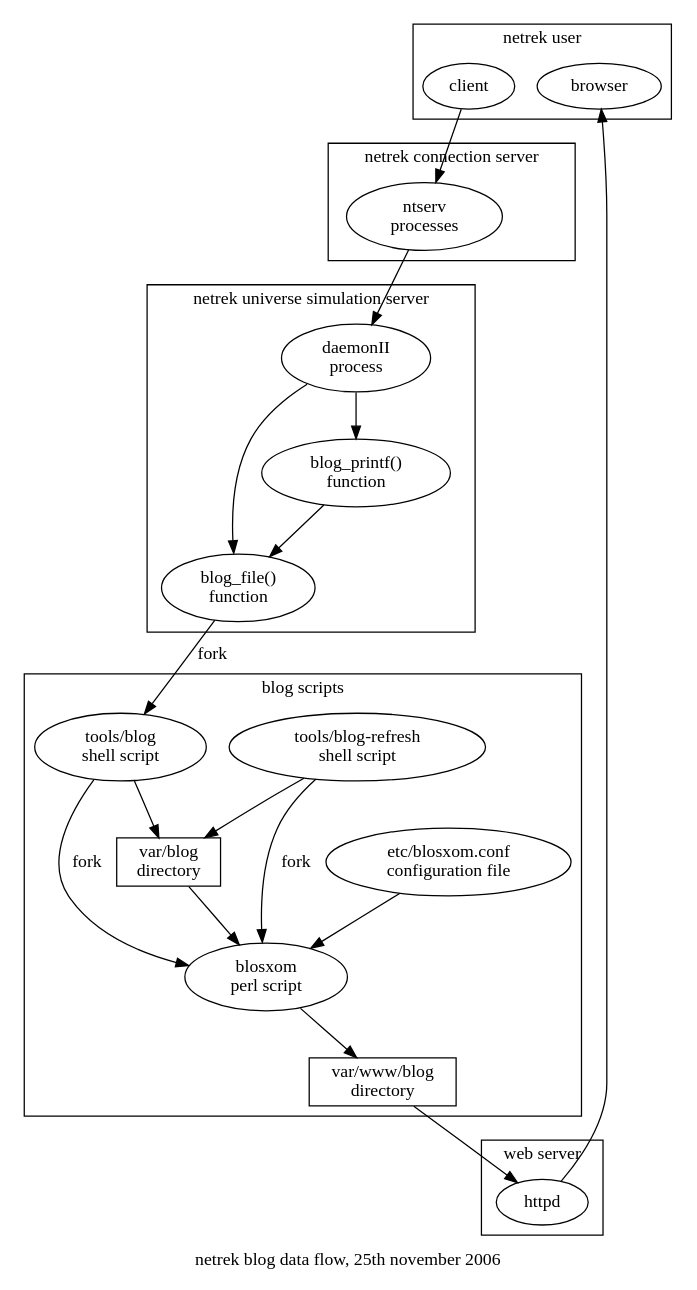
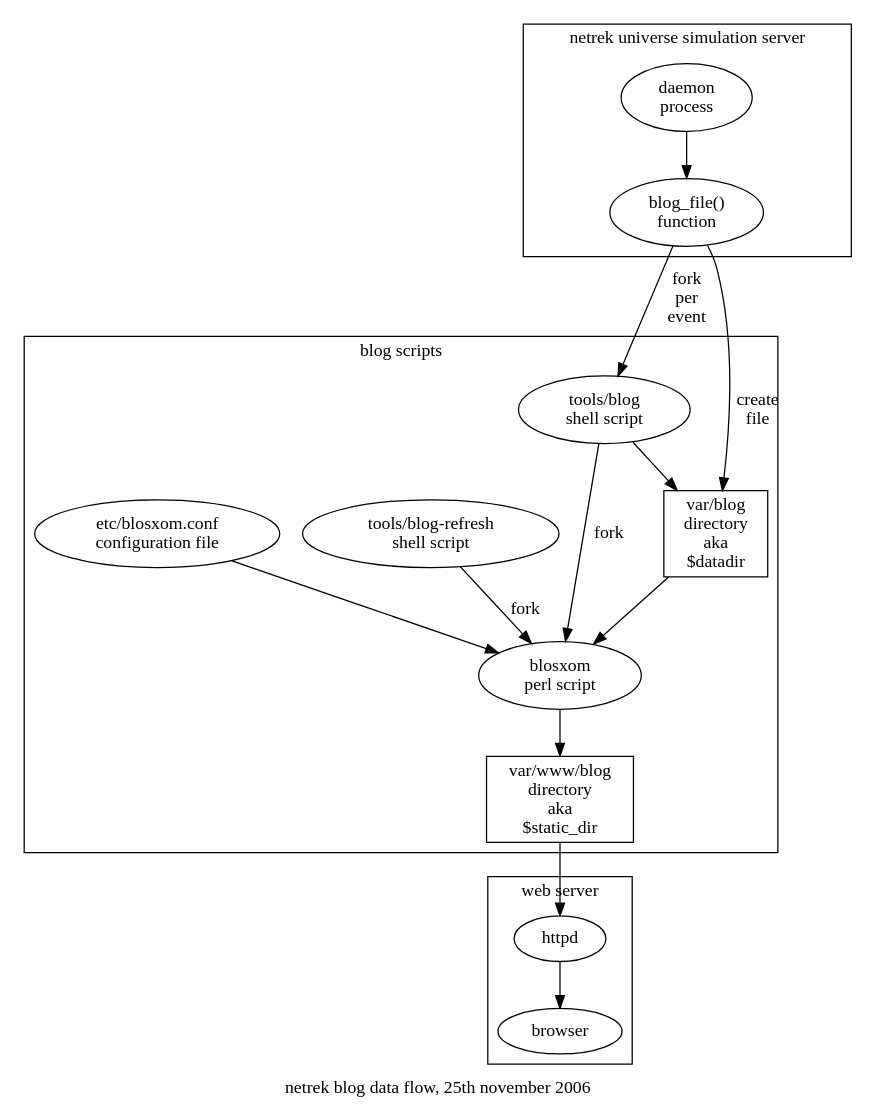
The diagram in Vanilla/docs/RSS-flow-diagram.dot (quozl/netrek-server), drawn with Graphviz before and after one commit. The commit also changed 2 other files, not shown here.

Commit message:
blog, update diagram and docs

```diff
--- a/Vanilla/docs/RSS-flow-diagram.dot
+++ b/Vanilla/docs/RSS-flow-diagram.dot
@@ -1,43 +1,42 @@
 digraph me {
 label="netrek blog data flow, 25th november 2006";
-subgraph cluster_0 {
-label="netrek user";
-client;
-browser;
-}
-subgraph cluster_1 {
-label="netrek connection server";
-ntserv [label="ntserv\nprocesses"];
-client -> ntserv;
-}
+#subgraph cluster_0 {
+#label="netrek user";
+#client;
+#browser;
+#}
+#subgraph cluster_1 {
+#label="netrek connection server";
+#ntserv [label="ntserv\nprocesses"];
+#client -> ntserv;
+#}
 subgraph cluster_2 {
 label="netrek universe simulation server";
-daemon [label="daemonII\nprocess"];
-blog_printf [label="blog_printf()\nfunction"];
+daemon [label="daemon\nprocess"];
 blog_file [label="blog_file()\nfunction"];
-ntserv -> daemon -> blog_printf -> blog_file;
 daemon -> blog_file;
 }
+#ntserv -> daemon;
 subgraph cluster_3 {
 label="blog scripts";
 tools_blog [label="tools/blog\nshell script"];
-var_blog [shape=box,label="var/blog\ndirectory"];
-blog_file -> tools_blog [label="fork"];
+var_blog [shape=box,label="var/blog\ndirectory\naka\n$datadir"];
+blog_file -> tools_blog [label="fork\nper\nevent"];
+blog_file -> var_blog [label="create\nfile"];
 tools_blog -> var_blog;
 blosxom [label="blosxom\nperl script"];
 tools_blog -> blosxom [label="fork"];
 tools_blog_refresh [label="tools/blog-refresh\nshell script"];
 tools_blog_refresh -> blosxom [label="fork"];
-tools_blog_refresh -> var_blog;
 etc_blosxom_conf [label="etc/blosxom.conf\nconfiguration file"];
 etc_blosxom_conf -> blosxom;
 var_blog -> blosxom;
-var_www_blog [shape=box,label="var/www/blog\ndirectory"];
+var_www_blog [shape=box,label="var/www/blog\ndirectory\naka\n$static_dir"];
 blosxom -> var_www_blog;
 }
 subgraph cluster_4 {
 label="web server";
 var_www_blog -> httpd;
 httpd -> browser;
 }
 }
```
